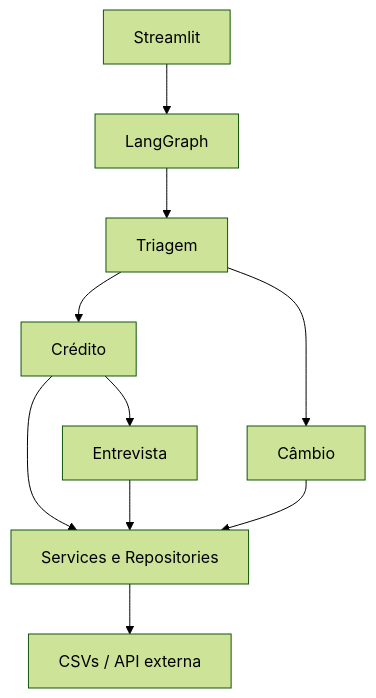
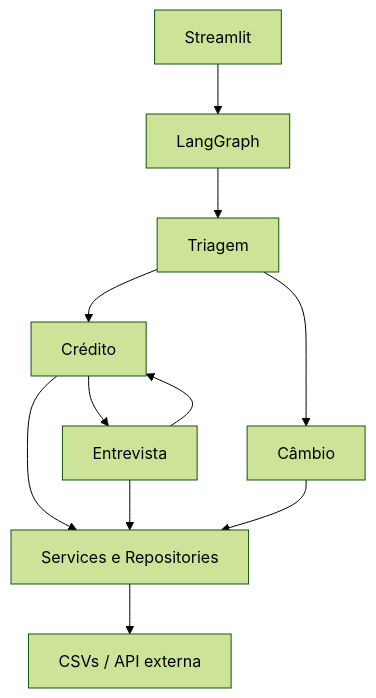
Before and after one commit to henriquecaeiro/banco_agil: the diagram in README.md, drawn with Mermaid (forest theme). The commit also changed other lines of this file, not shown here.

First line of the commit message:
docs: document final agentic architecture and tradeoffs

````diff
--- a/README.md
+++ b/README.md
@@ -9,12 +22,13 @@
 ```mermaid
 flowchart TD
     UI[Streamlit] --> G[LangGraph]
     G --> T[Triagem]
     T --> C[Crédito]
     C --> I[Entrevista]
+    I --> C
     T --> E[Câmbio]
     C --> R[Services e Repositories]
     I --> R
     E --> R
     R --> D[CSVs / API externa]
 ```
````
